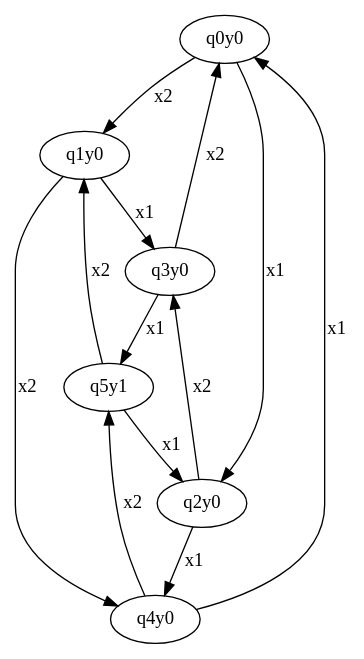
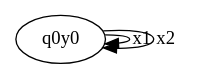
The diagram in ConvertMachines/MachineMinimization/graph.dot (StepanovVladimir/machines_and_formal_languages), drawn with Graphviz before and after one commit. The commit also changed 19 other files, not shown here.

```diff
--- a/ConvertMachines/MachineMinimization/graph.dot
+++ b/ConvertMachines/MachineMinimization/graph.dot
@@ -1,20 +1,5 @@
 digraph G {
 0 [label=q0y0];
-1 [label=q1y0];
-2 [label=q2y0];
-3 [label=q3y0];
-4 [label=q4y0];
-5 [label=q5y1];
-0->2  [label=x1];
-0->1  [label=x2];
-1->3  [label=x1];
-1->4  [label=x2];
-2->4  [label=x1];
-2->3  [label=x2];
-3->5  [label=x1];
-3->0  [label=x2];
-4->0  [label=x1];
-4->5  [label=x2];
-5->2  [label=x1];
-5->1  [label=x2];
+0->0  [label=x1];
+0->0  [label=x2];
 }
```
